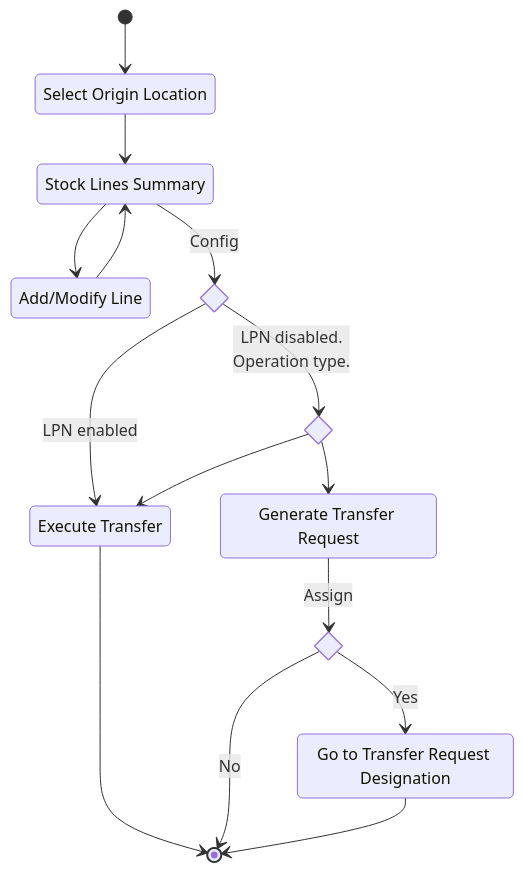
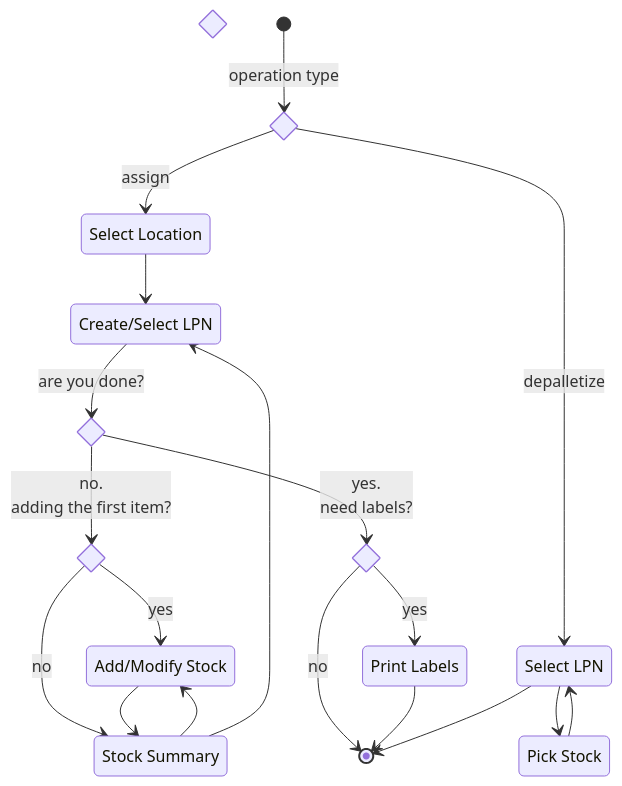
Before and after one commit to theonewhowritesthedocs/lwms-docs: the diagram in docs/apps/reassign_lpn.md, drawn with Mermaid. The commit also changed other lines of this file and 4 other files, not shown here.

````diff
--- a/docs/apps/reassign_lpn.md
+++ b/docs/apps/reassign_lpn.md
@@ -15,30 +15,36 @@
 ```mermaid
 stateDiagram-v2
-    state "Select Origin Location" as select_origin_location
-    state "Stock Lines Summary" as stock
-    state "Add/Modify Line" as select_stock
-    state "Generate Transfer Request" as generate_transfer_req
-    state "Go to Transfer Request Designation" as transfer_req_designation
-    state "Execute Transfer" as exec_transfer
+    state "Select Location" as location
+    state "Create/Select LPN" as create_select_lpn
+    state "Stock Summary" as stock_summary
+    state "Add/Modify Stock" as add_modify_stock
+    state "Print Labels" as print
+    state "Select LPN" as select_lpn
+    state "Pick Stock" as pick_stock
 
-    state if_finish_op1 <<choice>>
-    state if_finish_op2 <<choice>>
-    state if_transfer_req_designation <<choice>>
+    state operation_type_choices <<choice>>
+    state edit_lpn_choices <<choice>>
+    state done_choices <<choice>>
+    state print_choices <<choice>>
+    state done_choices2 <<choice>>
 
-    [*] --> select_origin_location
-    select_origin_location --> stock
-    stock --> select_stock
-    select_stock --> stock
+    [*] --> operation_type_choices: operation type
+    operation_type_choices --> location: assign
+    location --> create_select_lpn
+    create_select_lpn --> done_choices: are you done?
+    done_choices--> edit_lpn_choices: no. <br> adding the first item?
+    edit_lpn_choices--> add_modify_stock: yes
+    edit_lpn_choices--> stock_summary: no
+    add_modify_stock --> stock_summary
+    stock_summary --> add_modify_stock
+    stock_summary --> create_select_lpn
+    done_choices --> print_choices: yes. <br> need labels?
+    print_choices --> print: yes
+    print_choices --> [*]: no
+    print --> [*]
 
-    
-    stock --> if_finish_op1: Config
-    if_finish_op1 --> if_finish_op2: LPN disabled. <br> Operation type.
-    if_finish_op1 --> exec_transfer: LPN enabled
-    if_finish_op2 --> exec_transfer
-    exec_transfer --> [*]
-    if_finish_op2 --> generate_transfer_req
-    generate_transfer_req --> if_transfer_req_designation:  Assign
-    if_transfer_req_designation --> transfer_req_designation: Yes
-    if_transfer_req_designation --> [*]: No
-    transfer_req_designation --> [*]
+    operation_type_choices --> select_lpn: depalletize
+    select_lpn --> pick_stock
+    pick_stock --> select_lpn
+    select_lpn --> [*]
 ```
````
